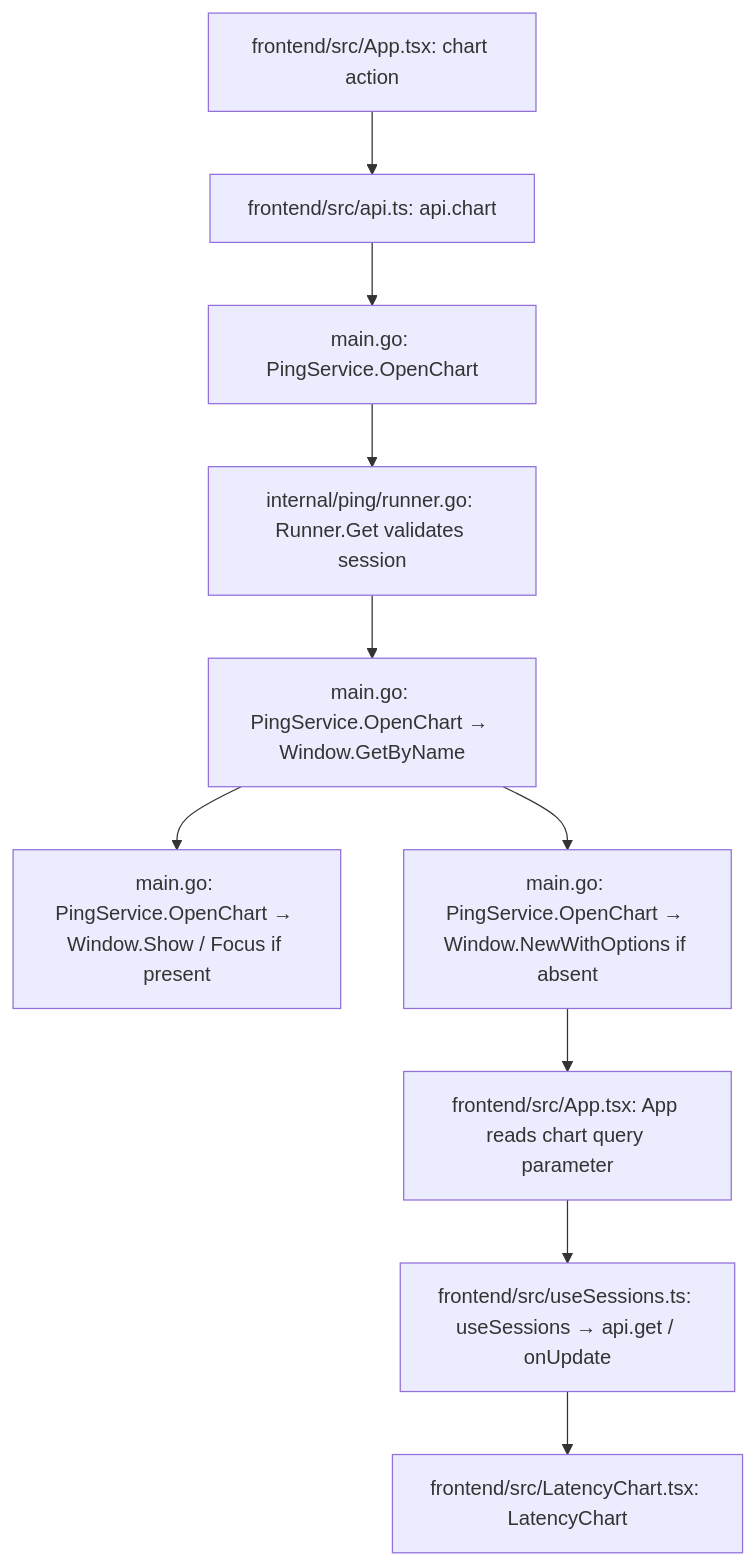
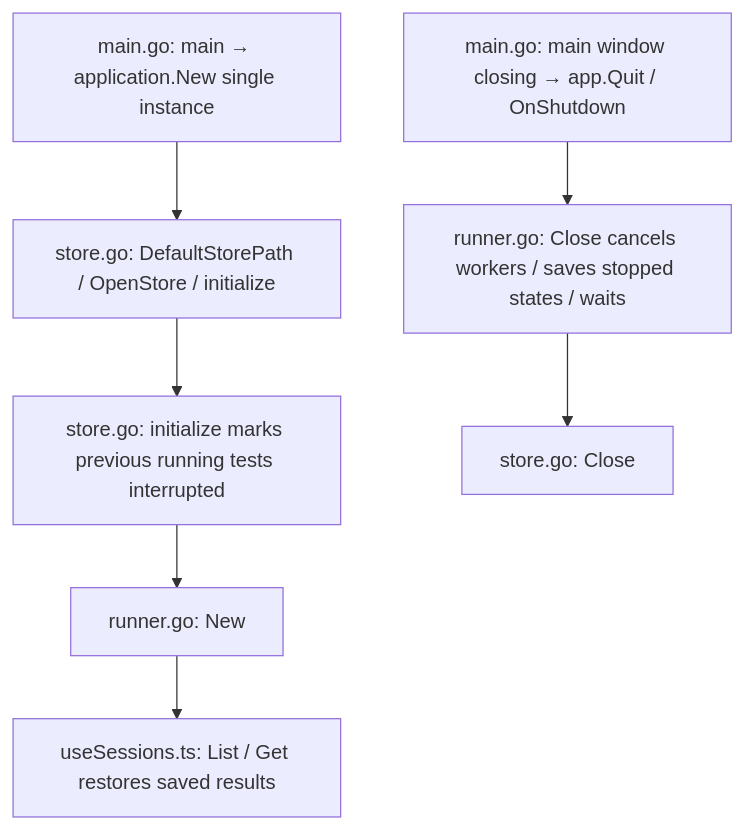
One commit to djian01/nt_gui changed the fourth of 4 diagrams in docs/api_reference/http-wails-prototype.md. Above: the diagram before and after it, drawn with Mermaid. The commit also changed other lines of this file and 19 other files, not shown here.

Commit message:
Persist HTTP tests and add saved timeline workflows

````diff
--- a/docs/api_reference/http-wails-prototype.md
+++ b/docs/api_reference/http-wails-prototype.md
@@ -87,12 +84,9 @@
 ```mermaid
 flowchart TD
-    A["frontend/src/App.tsx: chart action"] --> B["frontend/src/api.ts: api.chart"]
-    B --> C["main.go: PingService.OpenChart"]
-    C --> D["internal/ping/runner.go: Runner.Get validates session"]
-    D --> E["main.go: PingService.OpenChart → Window.GetByName"]
-    E --> F["main.go: PingService.OpenChart → Window.Show / Focus if present"]
-    E --> G["main.go: PingService.OpenChart → Window.NewWithOptions if absent"]
-    G --> H["frontend/src/App.tsx: App reads chart query parameter"]
-    H --> I["frontend/src/useSessions.ts: useSessions → api.get / onUpdate"]
-    I --> J["frontend/src/LatencyChart.tsx: LatencyChart"]
+    A["main.go: main → application.New single instance"] --> B["store.go: DefaultStorePath / OpenStore / initialize"]
+    B --> C["store.go: initialize marks previous running tests interrupted"]
+    C --> D["runner.go: New"]
+    D --> E["useSessions.ts: List / Get restores saved results"]
+    F["main.go: main window closing → app.Quit / OnShutdown"] --> G["runner.go: Close cancels workers / saves stopped states / waits"]
+    G --> H["store.go: Close"]
 ```
````
